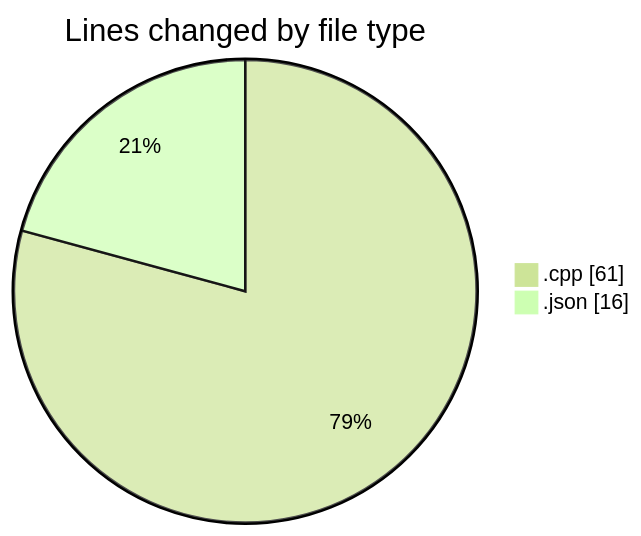
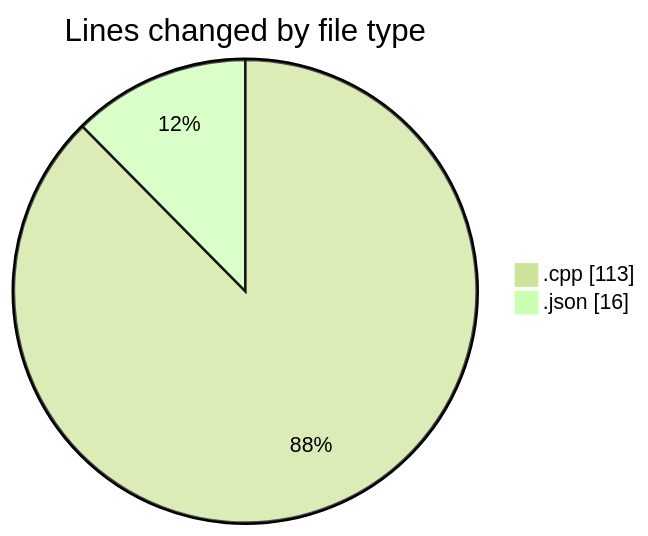
The first of 2 diagrams in 2025-04-27/date/README.md (Netris89/code-tracking), drawn with Mermaid (forest theme) before and after one commit. The commit also changed other lines of this file and 1 other file, not shown here.

````diff
--- a/2025-04-27/date/README.md
+++ b/2025-04-27/date/README.md
@@ -21,6 +21,6 @@
 ```mermaid
 pie showData
 title Lines changed by file type
-".cpp" : 61
+".cpp" : 113
 ".json" : 16
 ```
````
